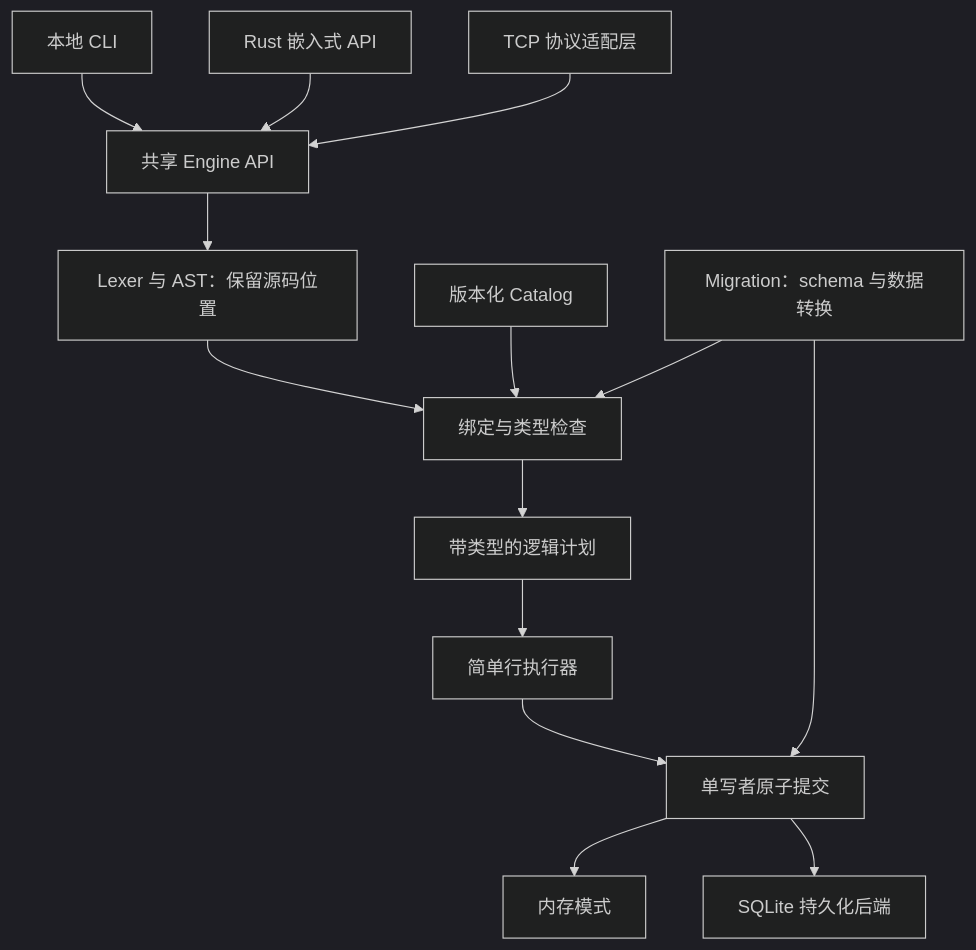
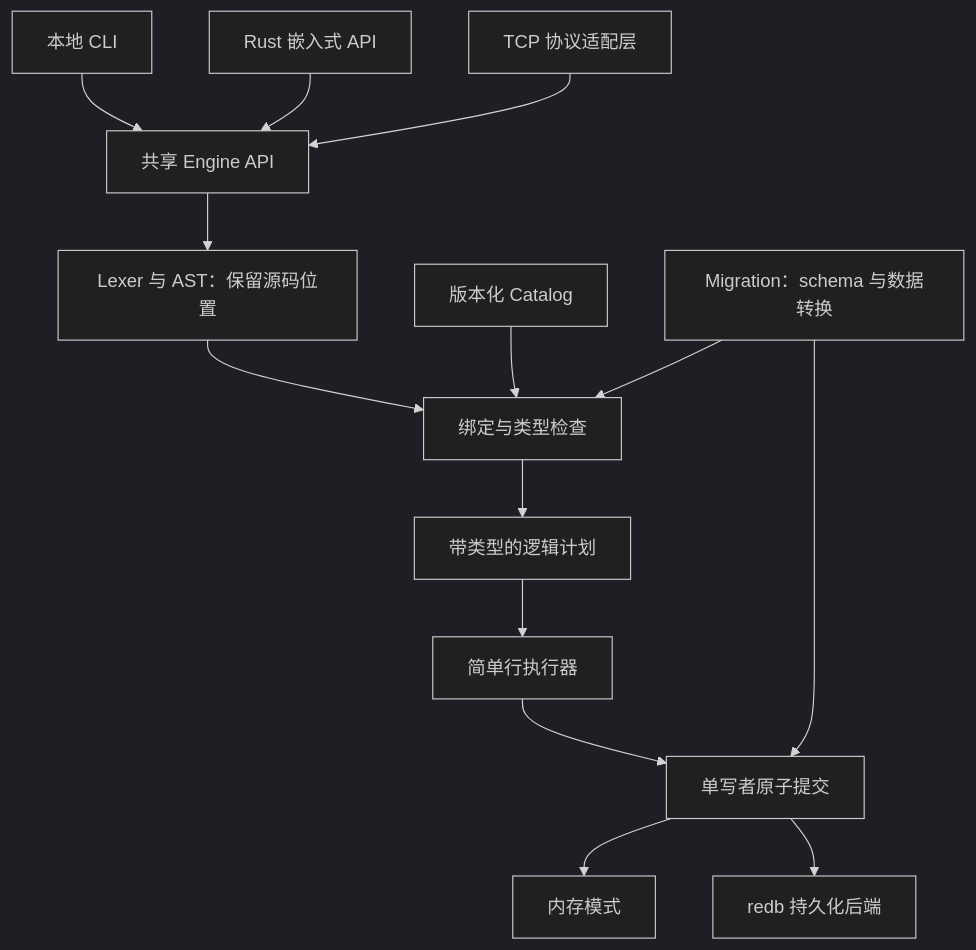
The diagram in docs/DESIGN.md (worktools/unionid), drawn with Mermaid (dark theme) before and after one commit. The commit also changed other lines of this file and 8 other files, not shown here.

````diff
--- a/docs/DESIGN.md
+++ b/docs/DESIGN.md
@@ -142,16 +142,16 @@
 ```mermaid
 flowchart TD
   CLI[本地 CLI] --> API[共享 Engine API]
   Rust[Rust 嵌入式 API] --> API
   TCP[TCP 协议适配层] --> API
   API --> Parser[Lexer 与 AST：保留源码位置]
   Parser --> Checker[绑定与类型检查]
   Catalog[版本化 Catalog] --> Checker
   Checker --> Plan[带类型的逻辑计划]
   Plan --> Exec[简单行执行器]
   Migration[Migration：schema 与数据转换] --> Checker
   Exec --> Tx[单写者原子提交]
   Migration --> Tx
   Tx --> Memory[内存模式]
-  Tx --> Durable[SQLite 持久化后端]
+  Tx --> Durable[redb 持久化后端]
 ```
````
